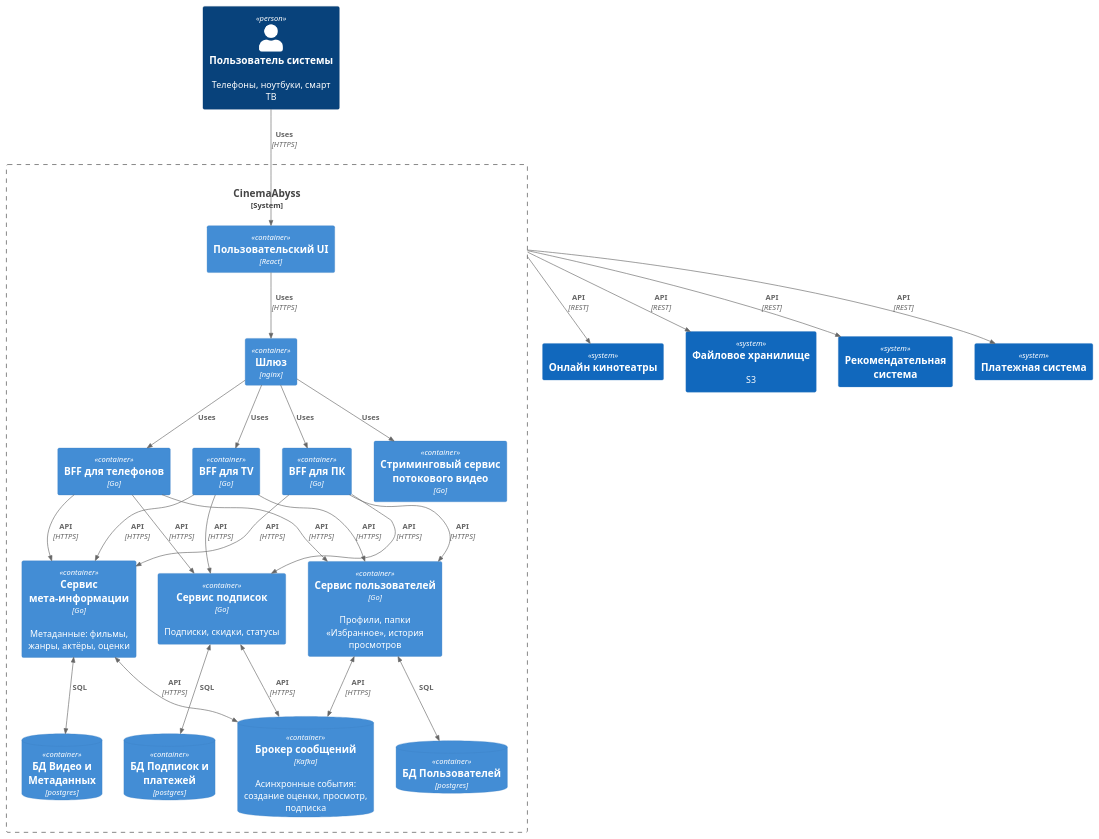
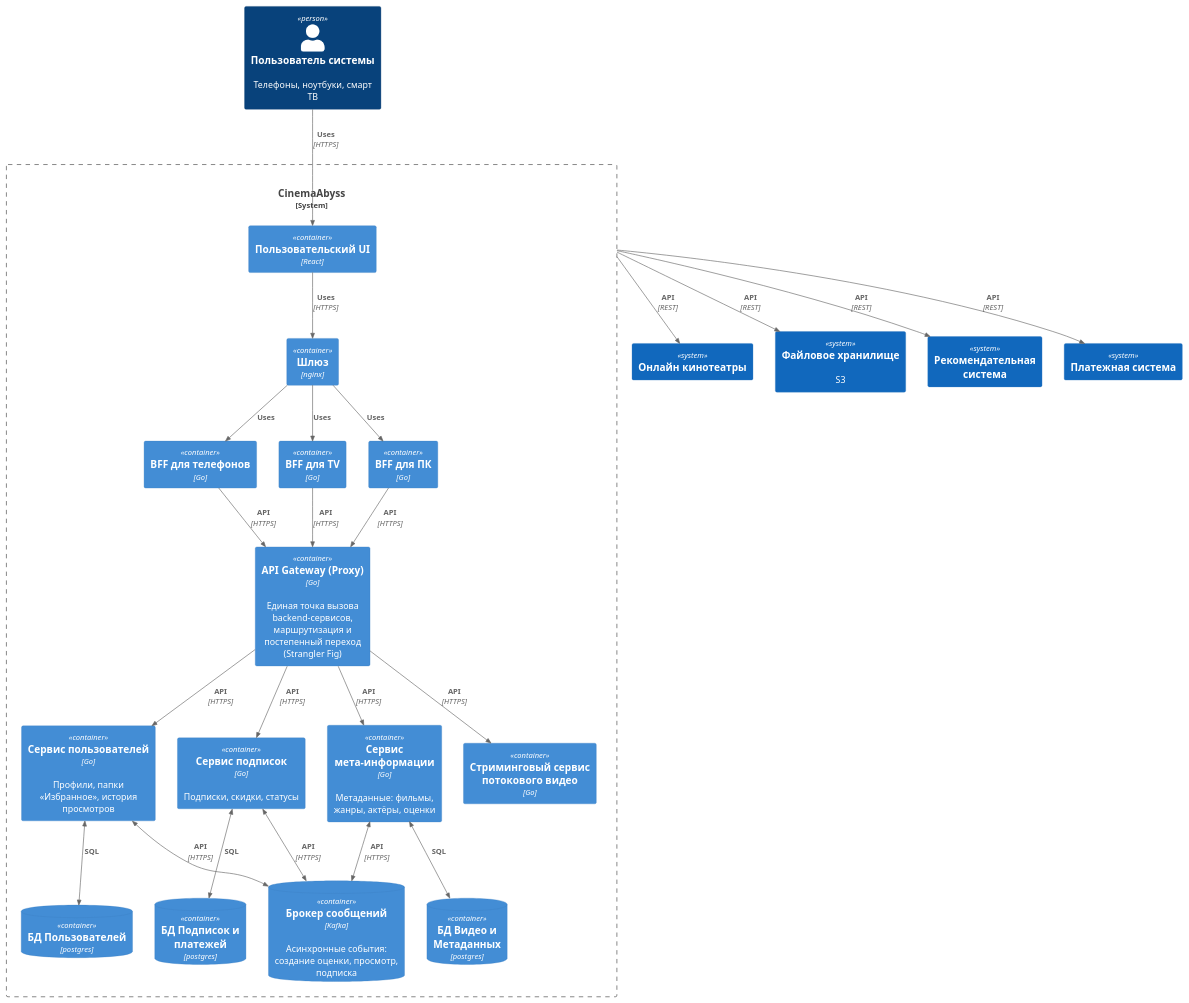
Before and after one commit to benaflec61/architecture-cinemaabyss: the diagram in diagrams/schemes/cinema-containers.puml, drawn with PlantUML. The commit also changed 13 other files, not shown here.

```diff
--- a/diagrams/schemes/cinema-containers.puml
+++ b/diagrams/schemes/cinema-containers.puml
@@ -1,73 +1,70 @@
 @startuml ../images/C4_Cinema_Containers
 !include <C4/C4_Context>
 !include <C4/C4_Container>
 !include <C4/C4_Component>
 
 Person(user, "Пользователь системы", "Телефоны, ноутбуки, смарт ТВ")
 
 System_Boundary(cinema_boundary, "CinemaAbyss", "") {
   Container(gui, "Пользовательский UI", "React", "")
 
   Container(bff_mobile, "BFF для телефонов", "Go", "")
   Container(bff_tv, "BFF для TV", "Go", "")
   Container(bff_desktop, "BFF для ПК", "Go", "")
 
   Container(gate, "Шлюз", "nginx", "")
+
+  Container(proxy, "API Gateway (Proxy)", "Go", "Единая точка вызова backend-сервисов, маршрутизация и постепенный переход (Strangler Fig)")
 
   Container(users, "Сервис пользователей", "Go", "Профили, папки «Избранное», история просмотров")
   Container(subscriptions, "Сервис подписок", "Go", "Подписки, скидки, статусы")
   Container(video_meta, "Сервис мета-информации", "Go", "Метаданные: фильмы, жанры, актёры, оценки")
 
   Container(stream_service, "Стриминговый сервис потокового видео", "Go", "")
 
   ContainerDb(db_users, "БД Пользователей", "postgres", "")
   ContainerDb(db_subscriptions, "БД Подписок и платежей", "postgres", "")
   ContainerDb(db_video_meta, "БД Видео и Метаданных", "postgres", "")
 
   ContainerDb(kafka, "Брокер сообщений", "Kafka", "Асинхронные события: создание оценки, просмотр, подписка")
 
 }
 
 System(rec_sys, "Рекомендательная система")
 System(pay_sys, "Платежная система")
 System(netflix_sys, "Онлайн кинотеатры")
 System(s3, "Файловое хранилище", "S3")
 
 
 Rel(gui, gate, "Uses", "HTTPS")
 
 Rel(gate, bff_mobile, "Uses")
 Rel(gate, bff_tv, "Uses")
 Rel(gate, bff_desktop, "Uses")
 
-Rel(gate, stream_service, "Uses")
+Rel(bff_mobile, proxy, "API", "HTTPS")
+Rel(bff_tv, proxy, "API", "HTTPS")
+Rel(bff_desktop, proxy, "API", "HTTPS")
 
-Rel(bff_mobile, users, "API", "HTTPS")
-Rel(bff_mobile, subscriptions, "API", "HTTPS")
-Rel(bff_mobile, video_meta, "API", "HTTPS")
-
-Rel(bff_tv, users, "API", "HTTPS")
-Rel(bff_tv, subscriptions, "API", "HTTPS")
-Rel(bff_tv, video_meta, "API", "HTTPS")
-
-Rel(bff_desktop, users, "API", "HTTPS")
-Rel(bff_desktop, subscriptions, "API", "HTTPS")
-Rel(bff_desktop, video_meta, "API", "HTTPS")
+Rel(proxy, users, "API", "HTTPS")
+Rel(proxy, subscriptions, "API", "HTTPS")
+Rel(proxy, video_meta, "API", "HTTPS")
+Rel(proxy, stream_service, "API", "HTTPS")
 
 BiRel(users, db_users, "SQL")
 BiRel(subscriptions, db_subscriptions, "SQL")
 BiRel(video_meta, db_video_meta, "SQL")
 
 BiRel(users, kafka, "API", "HTTPS")
 BiRel(subscriptions, kafka, "API", "HTTPS")
 BiRel(video_meta, kafka, "API", "HTTPS")
 
 Rel(user, gui, "Uses", "HTTPS")
 
 Rel(cinema_boundary, pay_sys, "API", "REST")
 Rel(cinema_boundary, netflix_sys, "API", "REST")
 Rel(cinema_boundary, s3, "API", "REST")
 Rel(cinema_boundary, rec_sys, "API", "REST")
 
 
 @enduml
```
